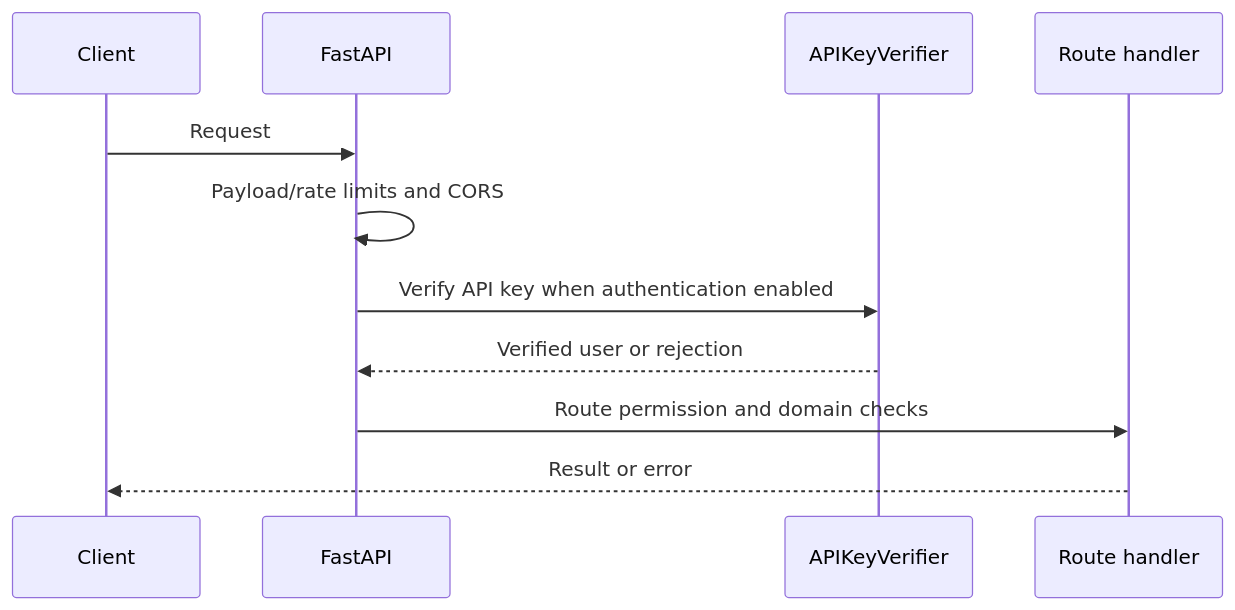
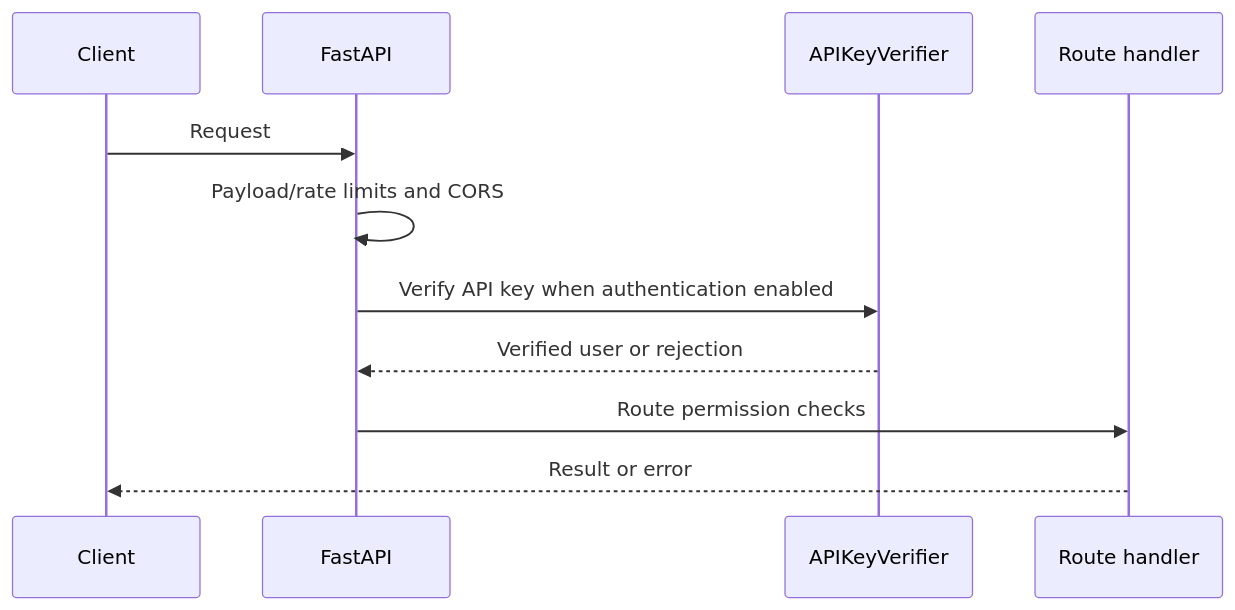
The diagram in docs/en/architecture/security.md (VanDung-dev/HieraChain), drawn with Mermaid before and after one commit. The commit also changed other lines of this file and 87 other files, not shown here.

````diff
--- a/docs/en/architecture/security.md
+++ b/docs/en/architecture/security.md
@@ -61,13 +58,13 @@
 ```mermaid
 sequenceDiagram
     participant Client
     participant API as FastAPI
     participant Auth as APIKeyVerifier
     participant Handler as Route handler
     Client->>API: Request
     API->>API: Payload/rate limits and CORS
     API->>Auth: Verify API key when authentication enabled
     Auth-->>API: Verified user or rejection
-    API->>Handler: Route permission and domain checks
+    API->>Handler: Route permission checks
     Handler-->>Client: Result or error
 ```
````
